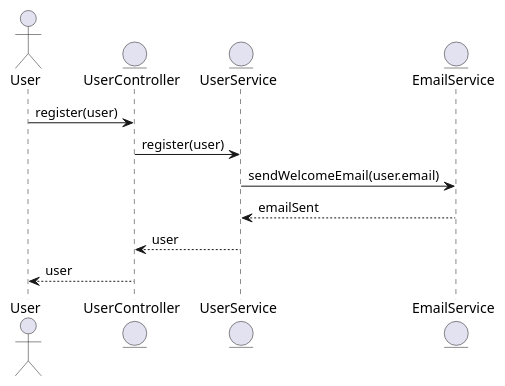
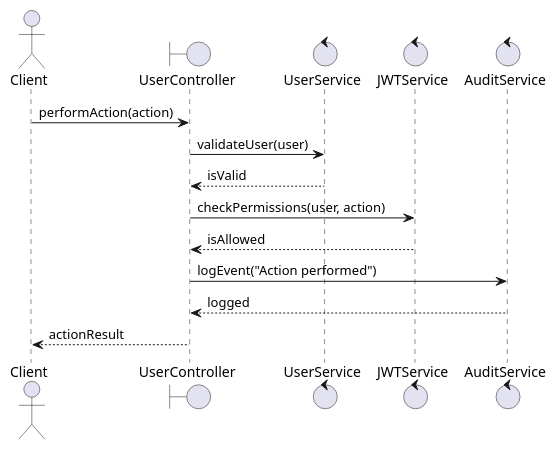
One commit to Dinesh-s95/AutoDoc.ai changed the fourth of 6 diagrams in identityprovider/documentation/detaileddesign.adoc. Above: the diagram before and after it, drawn with PlantUML. The commit also changed other lines of this file and 4 other files, not shown here.

```diff
--- a/identityprovider/documentation/detaileddesign.adoc
+++ b/identityprovider/documentation/detaileddesign.adoc
@@ -351,16 +375,19 @@
 [plantuml, business-process-flow, png]
 ----
 @startuml
-actor User
-entity UserController
-entity UserService
-entity EmailService
+actor Client
+boundary UserController
+control UserService
+control JWTService
+control AuditService
 
-User -> UserController : register(user)
-UserController -> UserService : register(user)
-UserService -> EmailService : sendWelcomeEmail(user.email)
-EmailService --> UserService : emailSent
-UserService --> UserController : user
-UserController --> User : user
+Client -> UserController : performAction(action)
+UserController -> UserService : validateUser(user)
+UserService --> UserController : isValid
+UserController -> JWTService : checkPermissions(user, action)
+JWTService --> UserController : isAllowed
+UserController -> AuditService : logEvent("Action performed")
+AuditService --> UserController : logged
+UserController --> Client : actionResult
 @enduml
 ----
```
